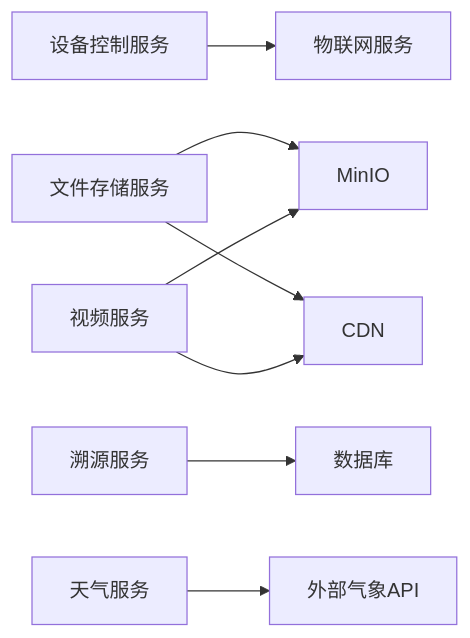
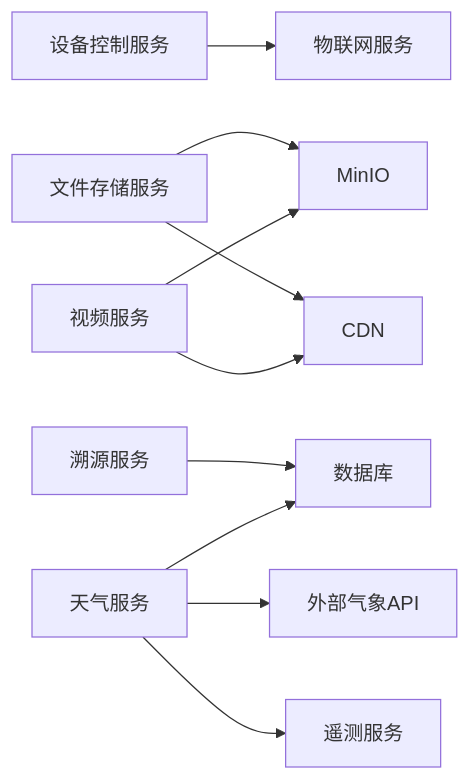
Before and after one commit to q446328246/agri-platform: diagram 15 of 15 in .qoder/repowiki/zh/content/核心服务文档/其他业务服务.md, drawn with Mermaid. The commit also changed other lines of this file and 40 other files, not shown here.

````diff
--- a/.qoder/repowiki/zh/content/核心服务文档/其他业务服务.md
+++ b/.qoder/repowiki/zh/content/核心服务文档/其他业务服务.md
@@ -395,10 +498,12 @@
 ```mermaid
 graph LR
 CS["设备控制服务"] --> IoT["物联网服务"]
 FS["文件存储服务"] --> MINIO["MinIO"]
 FS --> CDN["CDN"]
 VID["视频服务"] --> MINIO
 VID --> CDN
 TRC["溯源服务"] --> DB["数据库"]
 WTH["天气服务"] --> EXT["外部气象API"]
+WTH --> DB
+WTH --> TELEMETRY["遥测服务"]
 ```
````
